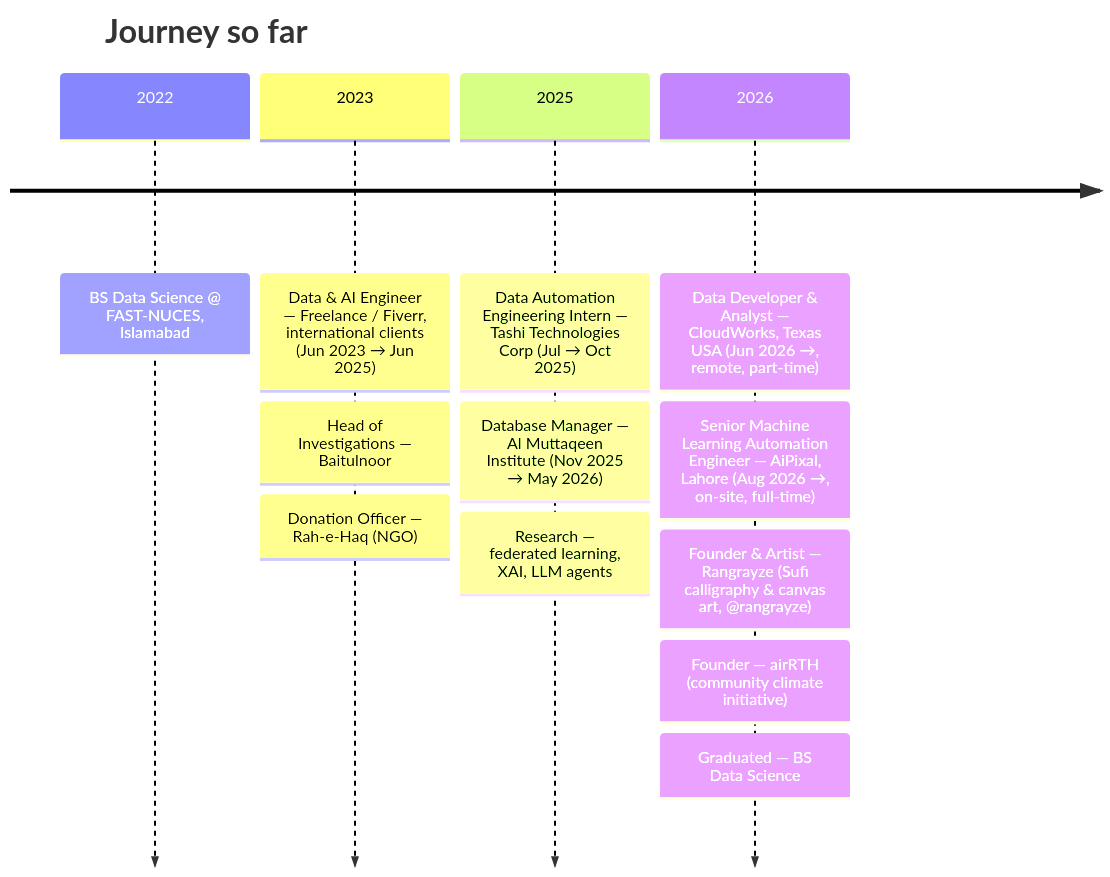
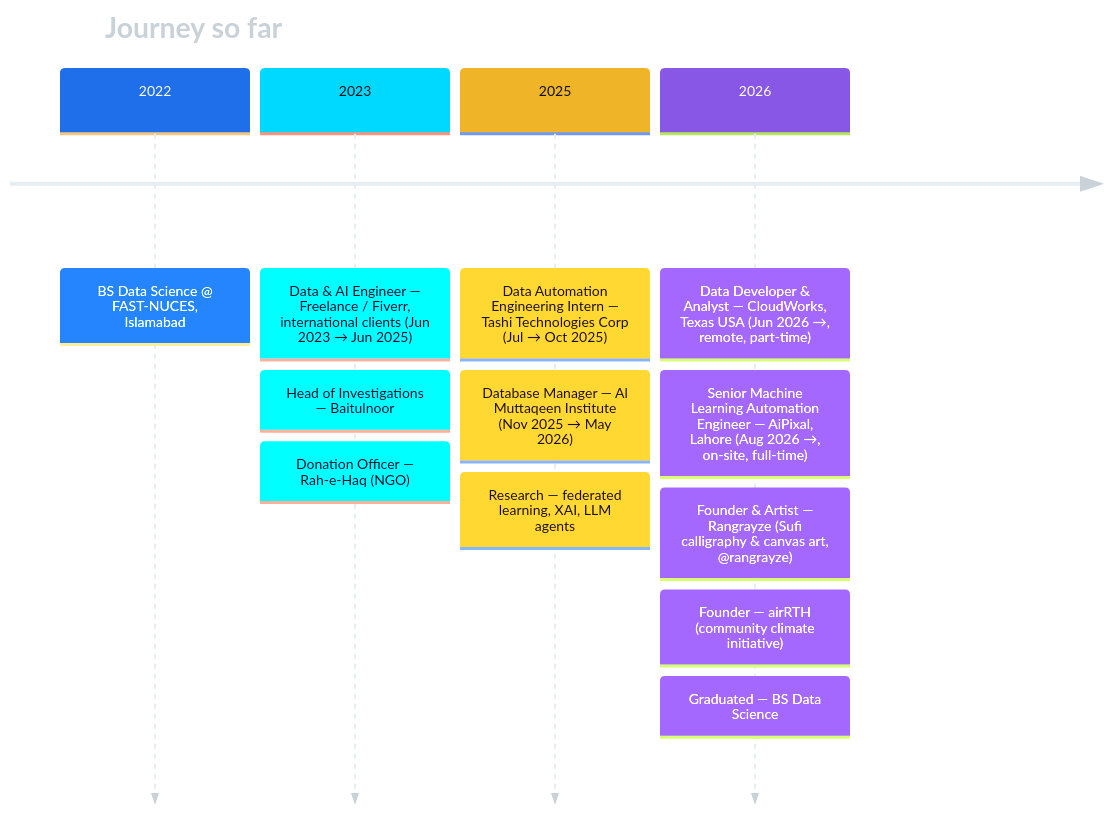
One commit to laiba-mazhar/laiba-mazhar changed the diagram in README.md. Above: the diagram before and after it, drawn with Mermaid.

Commit message:
Make the experience timeline transparent instead of white
The mermaid default theme paints a white canvas, which sat as a bright block in
the middle of an otherwise dark README for anyone browsing GitHub in dark mode.

Sets theme 'base' with a transparent background and a palette drawn from the
README's own colours (#1F6FEB, #00D9FF, #F0B429), so the diagram inherits the
page background and works in both light and dark mode rather than being pinned
to either.

````diff
--- a/README.md
+++ b/README.md
@@ -246,16 +246,17 @@
 ```mermaid
+%%{init: {"theme":"base","themeVariables":{"background":"transparent","primaryColor":"#161B22","primaryTextColor":"#E6EDF3","primaryBorderColor":"#1F6FEB","lineColor":"#00D9FF","textColor":"#C9D1D9","fontSize":"14px","cScale0":"#1F6FEB","cScaleLabel0":"#FFFFFF","cScale1":"#00D9FF","cScaleLabel1":"#0D1117","cScale2":"#F0B429","cScaleLabel2":"#0D1117","cScale3":"#8957E5","cScaleLabel3":"#FFFFFF","cScale4":"#3FB950","cScaleLabel4":"#0D1117"}}}%%
 timeline
     title Journey so far
     2022 : BS Data Science @ FAST-NUCES, Islamabad
     2023 : Data & AI Engineer — Freelance / Fiverr, international clients (Jun 2023 → Jun 2025)
          : Head of Investigations — Baitulnoor
          : Donation Officer — Rah-e-Haq (NGO)
     2025 : Data Automation Engineering Intern — Tashi Technologies Corp (Jul → Oct 2025)
          : Database Manager — Al Muttaqeen Institute (Nov 2025 → May 2026)
          : Research — federated learning, XAI, LLM agents
     2026 : Data Developer & Analyst — CloudWorks, Texas USA (Jun 2026 →, remote, part-time)
          : Senior Machine Learning Automation Engineer — AiPixal, Lahore (Aug 2026 →, on-site, full-time)
          : Founder & Artist — Rangrayze (Sufi calligraphy & canvas art, @rangrayze)
          : Founder — airRTH (community climate initiative)
          : Graduated — BS Data Science
 ```
````
